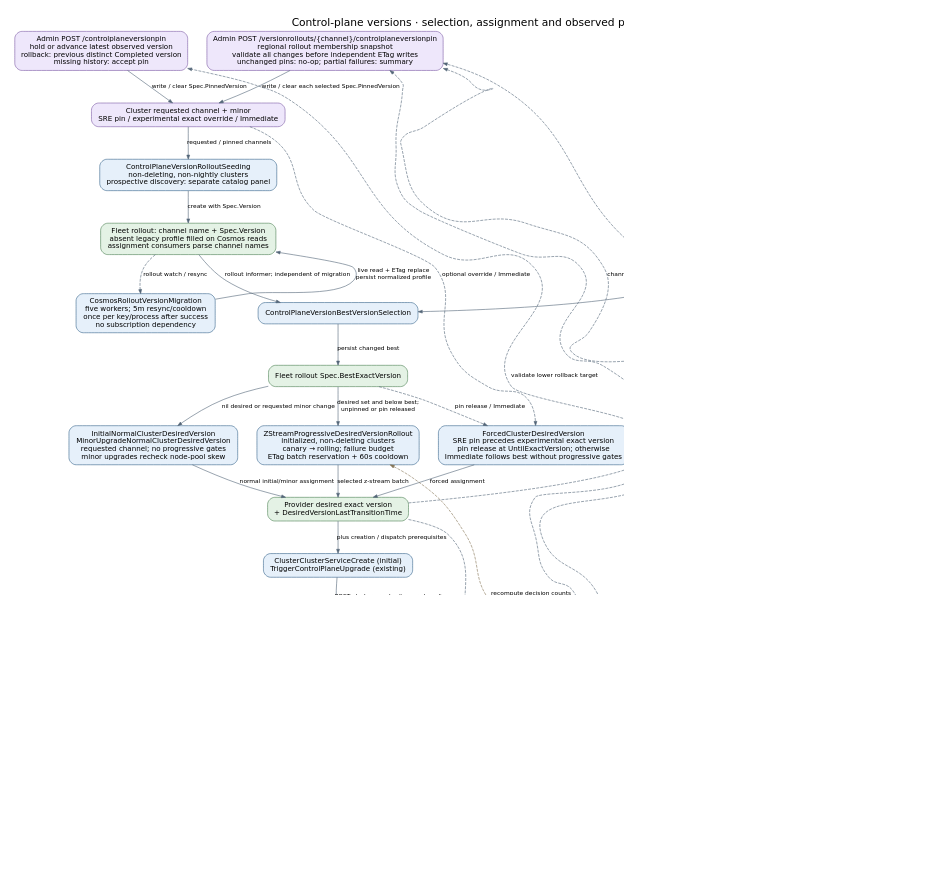
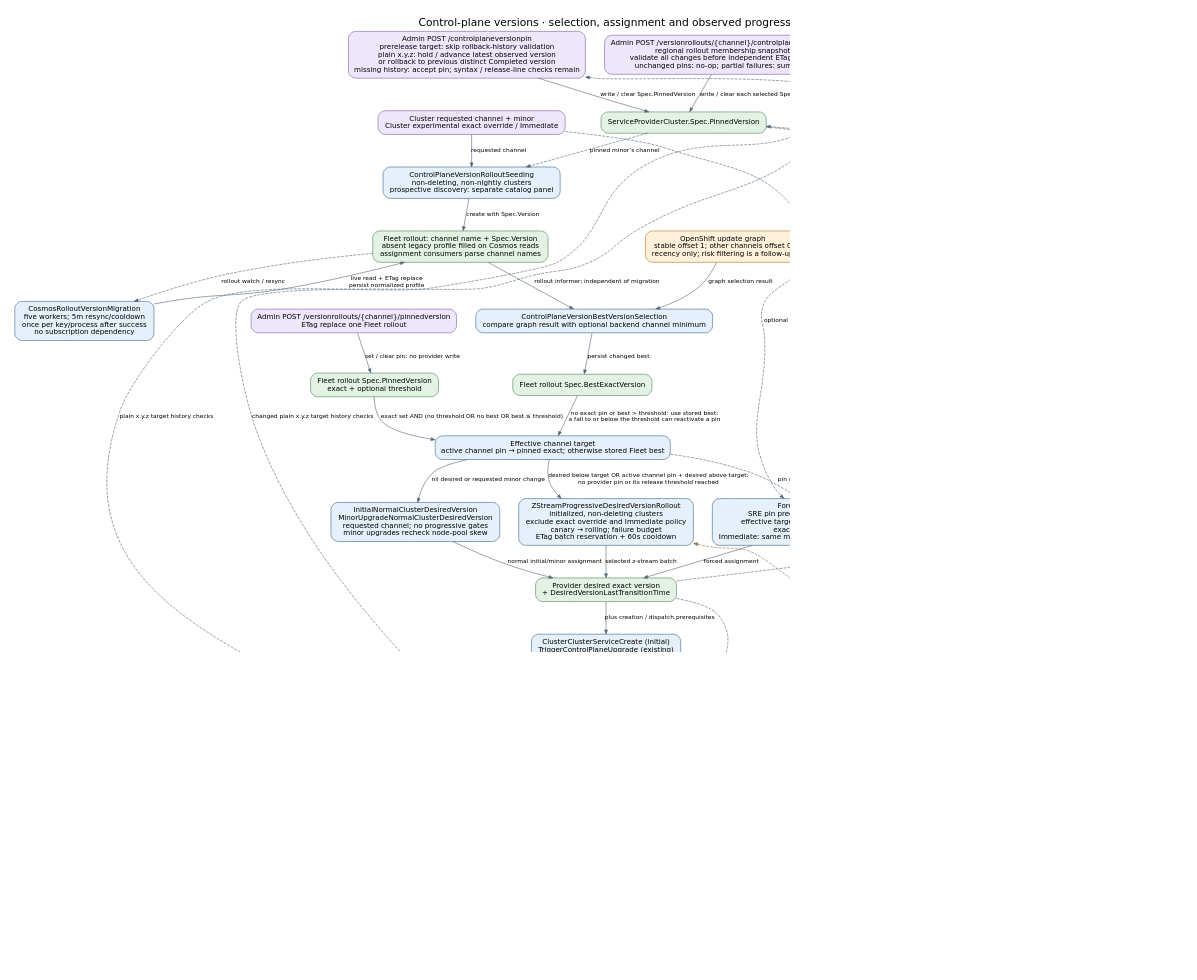
The diagram in docs/generated/diagrams/controller-flows/control-plane-version-rollout.dot (Azure/ARO-HCP), drawn with Graphviz before and after one commit. The commit also changed 48 other files, not shown here.

Commit message:
docs: sync the service-provider controller flow reference

```diff
--- a/docs/generated/diagrams/controller-flows/control-plane-version-rollout.dot
+++ b/docs/generated/diagrams/controller-flows/control-plane-version-rollout.dot
@@ -1,54 +1,64 @@
 digraph control_plane_version_rollout {
   graph [rankdir=TB, bgcolor="white", pad="0.3", nodesep="0.45", ranksep="0.6", fontname="DejaVu Sans", fontsize=18, labelloc=t, label="Control-plane versions · selection, assignment and observed progress", dpi=110];
   node [shape=box, style="rounded,filled", fillcolor="#e6f0fa", color="#35648a", fontname="DejaVu Sans", fontsize=12, margin="0.16,0.10"];
   edge [color="#536577", fontname="DejaVu Sans", fontsize=10, arrowsize=0.7];
-  request [label="Cluster requested channel + minor\nSRE pin / experimental exact override / Immediate", fillcolor="#eee7fb", color="#7b59a4"];
-  pin [label="Admin POST /controlplaneversionpin\nhold or advance latest observed version\nrollback: previous distinct Completed version\nmissing history: accept pin", fillcolor="#eee7fb", color="#7b59a4"];
+  request [label="Cluster requested channel + minor\nCluster experimental exact override / Immediate", fillcolor="#eee7fb", color="#7b59a4"];
+  pin [label="Admin POST /controlplaneversionpin\nprerelease target: skip rollback-history validation\nplain x.y.z: hold / advance latest observed version\nor rollback to previous distinct Completed version\nmissing history: accept pin; syntax / release-line checks remain", fillcolor="#eee7fb", color="#7b59a4"];
+  storedpin [label="ServiceProviderCluster.Spec.PinnedVersion", fillcolor="#e4f2e5", color="#4c8053"];
   fleetpin [label="Admin POST /versionrollouts/{channel}/controlplaneversionpin\nregional rollout membership snapshot\nvalidate all changes before independent ETag writes\nunchanged pins: no-op; partial failures: summary", fillcolor="#eee7fb", color="#7b59a4"];
+  channelpin [label="Admin POST /versionrollouts/{channel}/pinnedversion\nETag replace one Fleet rollout", fillcolor="#eee7fb", color="#7b59a4"];
+  policy [label="Fleet rollout Spec.PinnedVersion\nexact + optional threshold", fillcolor="#e4f2e5", color="#4c8053"];
+  effective [label="Effective channel target\nactive channel pin → pinned exact; otherwise stored Fleet best"];
   actual [label="ActualHostedCluster controller\n→ provider Status.ControlPlaneVersionHistory\nfull observed control-plane history"];
   seed [label="ControlPlaneVersionRolloutSeeding\nnon-deleting, non-nightly clusters\nprospective discovery: separate catalog panel"];
   rollout [label="Fleet rollout: channel name + Spec.Version\nabsent legacy profile filled on Cosmos reads\nassignment consumers parse channel names", fillcolor="#e4f2e5", color="#4c8053"];
   migration [label="CosmosRolloutVersionMigration\nfive workers; 5m resync/cooldown\nonce per key/process after success\nno subscription dependency"];
-  best [label="ControlPlaneVersionBestVersionSelection"];
+  best [label="ControlPlaneVersionBestVersionSelection\ncompare graph result with optional backend channel minimum"];
   updategraph [label="OpenShift update graph\nstable offset 1; other channels offset 0\nrecency only; risk filtering is a follow-up", fillcolor="#fff0da", color="#b27624"];
   target [label="Fleet rollout Spec.BestExactVersion", fillcolor="#e4f2e5", color="#4c8053"];
   initial [label="InitialNormalClusterDesiredVersion\nMinorUpgradeNormalClusterDesiredVersion\nrequested channel; no progressive gates\nminor upgrades recheck node-pool skew"];
-  normal [label="ZStreamProgressiveDesiredVersionRollout\ninitialized, non-deleting clusters\ncanary → rolling; failure budget\nETag batch reservation + 60s cooldown"];
-  forced [label="ForcedClusterDesiredVersion\nSRE pin precedes experimental exact version\npin release at UntilExactVersion; otherwise\nImmediate follows best without progressive gates"];
+  normal [label="ZStreamProgressiveDesiredVersionRollout\ninitialized, non-deleting clusters\nexclude exact override and Immediate policy\ncanary → rolling; failure budget\nETag batch reservation + 60s cooldown"];
+  forced [label="ForcedClusterDesiredVersion\nSRE pin precedes experimental exact version\neffective target ≥ provider threshold releases pin\nexact override needs no rollout\nImmediate: same minor; rollback only with active channel pin"];
   desired [label="Provider desired exact version\n+ DesiredVersionLastTransitionTime", fillcolor="#e4f2e5", color="#4c8053"];
   dispatch [label="ClusterClusterServiceCreate (initial)\nTriggerControlPlaneUpgrade (existing)"];
   external [label="Cluster Service / HyperShift / Kubernetes\nexternal control-plane convergence\nmanifest delivery: separate boundary panel", fillcolor="#fff0da", color="#b27624"];
   observe [label="ReadDesireKubernetesController\n→ ControlPlaneActiveVersions"];
-  history [label="Provider active versions + transition times\nCompleted entry confirms achieved version", fillcolor="#e4f2e5", color="#4c8053"];
+  history [label="Provider active versions + transition times\nCompleted base + any Partial at rollback to base: still in flight", fillcolor="#e4f2e5", color="#4c8053"];
   status [label="ControlPlaneVersionStatusCollector\nupgrade maps exclude missing / deleting clusters\nreference count INCLUDES deletion; see catalog panel"];
   counts [label="Fleet status: desired / mismatched / failed\nachieved / successful\nsuccess age > 1h; mismatch timeout > 2h default", fillcolor="#e4f2e5", color="#4c8053"];
-  request -> seed [label="requested / pinned channels"];
-  pin -> request [label="write / clear Spec.PinnedVersion"];
-  fleetpin -> request [label="write / clear each selected Spec.PinnedVersion"];
-  actual -> fleetpin [label="validate changed rollback pins", style=dashed, constraint=false];
+  request -> seed [label="requested channel"];
+  storedpin -> seed [label="pinned minor’s channel", style=dashed];
+  pin -> storedpin [label="write / clear Spec.PinnedVersion"];
+  fleetpin -> storedpin [label="write / clear each selected Spec.PinnedVersion"];
+  actual -> pin [label="plain x.y.z target history checks", style=dashed, constraint=false];
+  actual -> fleetpin [label="changed plain x.y.z target history checks", style=dashed, constraint=false];
   desired -> fleetpin [label="channel membership", style=dashed, constraint=false];
   history -> fleetpin [label="membership fallback only", style=dashed, constraint=false];
   seed -> rollout [label="create with Spec.Version"];
   rollout -> best [label="rollout informer; independent of migration"];
   rollout -> migration [label="rollout watch / resync", style=dashed];
   migration -> rollout [label="live read + ETag replace\npersist normalized profile", constraint=false];
-  updategraph -> best [label="selectable version + configured floor"];
+  updategraph -> best [label="graph selection result"];
   best -> target [label="persist changed best"];
-  target -> initial [label="nil desired or requested minor change"];
-  target -> normal [label="desired set and below best;\nunpinned or pin released"];
-  target -> forced [label="pin release / Immediate", style=dashed];
+  channelpin -> policy [label="set / clear pin; no provider write"];
+  policy -> effective [label="exact set AND (no threshold OR no best OR best ≤ threshold)"];
+  target -> effective [label="no exact pin or best > threshold: use stored best;\na fall to or below the threshold can reactivate a pin"];
+  effective -> initial [label="nil desired or requested minor change"];
+  effective -> normal [label="desired below target OR active channel pin + desired above target;\nno provider pin or its release threshold reached"];
+  effective -> forced [label="pin release / Immediate", style=dashed];
+  storedpin -> forced [label="pin has precedence", style=dashed];
+  forced -> storedpin [label="clear on release in same provider Replace", style=dashed, constraint=false];
   request -> forced [label="optional override / Immediate", style=dashed, constraint=false];
   initial -> desired [label="normal initial/minor assignment"];
   normal -> desired [label="selected z-stream batch"];
   forced -> desired [label="forced assignment"];
   desired -> dispatch [label="plus creation / dispatch prerequisites"];
   dispatch -> external [label="POST cluster or submit upgrade policy"];
-  external -> observe [label="mirrored HostedCluster history"];
+  external -> observe [label="controlPlaneVersion.history only\nno legacy history fallback"];
   external -> actual [label="ReadDesire HostedCluster mirror", style=dashed];
-  actual -> pin [label="validate lower rollback target", style=dashed, constraint=false];
   observe -> history [label="record observed state"];
-  history -> status [label="completed version + age"];
+  history -> status [label="Completed base, Partial presence + age"];
   desired -> status [label="membership + target + age", style=dashed, constraint=false];
   status -> counts [label="persist changed counts + reference inventory"];
-  history -> normal [label="recompute decision counts\nfrom provider snapshot", style=dashed, color="#857456", constraint=false];
+  history -> normal [label="recompute rollback-aware counts\nfrom provider snapshot", style=dashed, color="#857456", constraint=false];
 }
```
